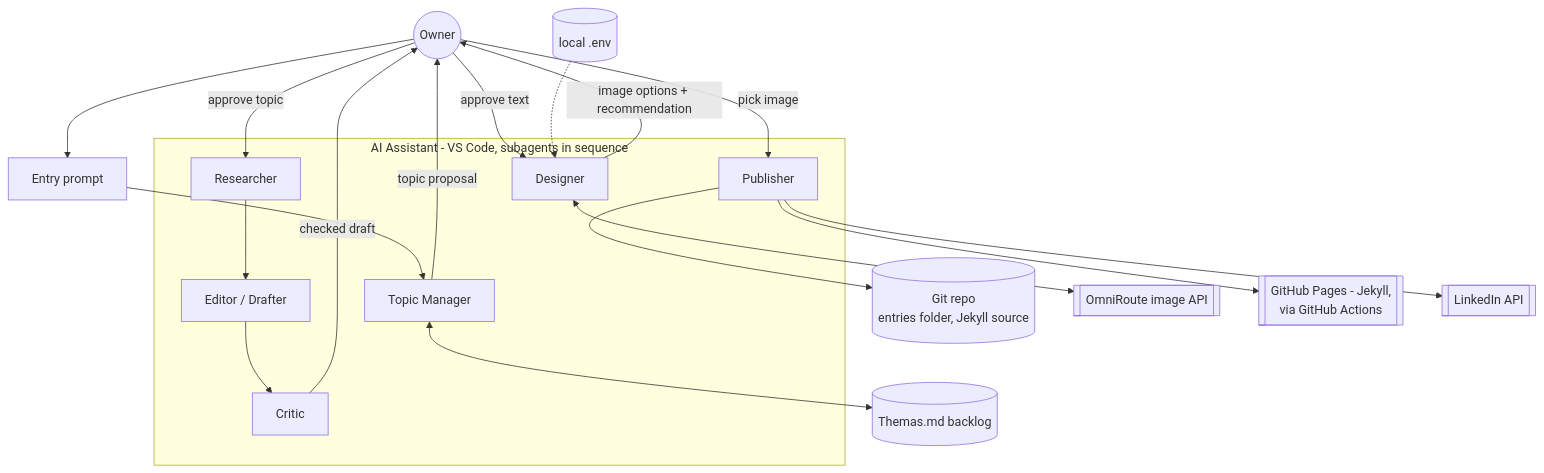
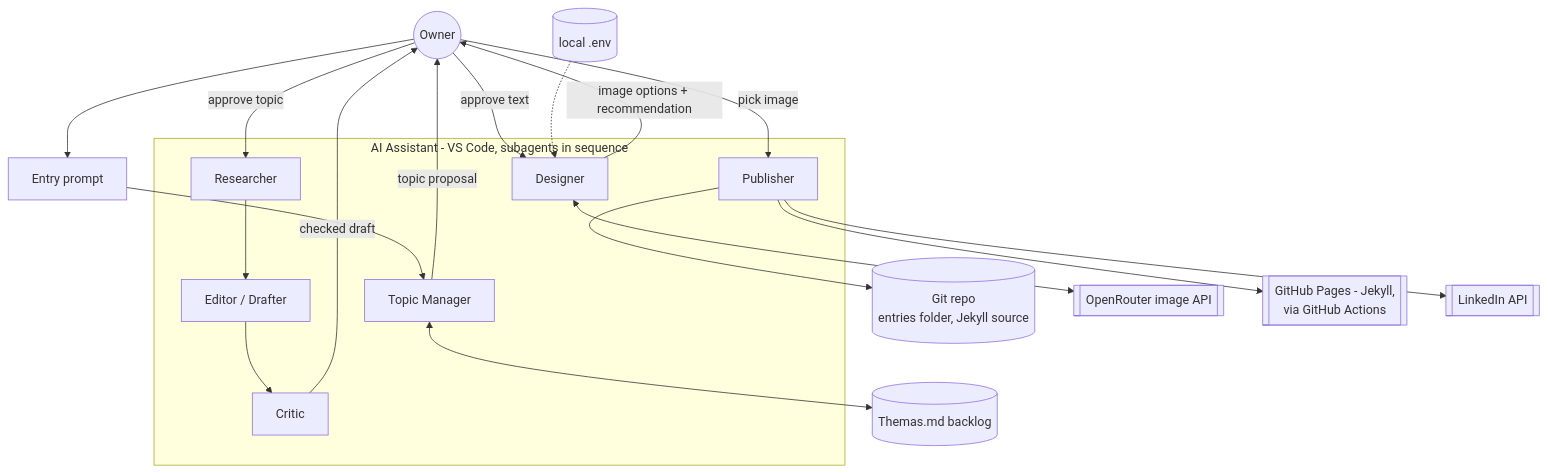
One commit to DeadLockUA/Learn_with_me_Digest changed the first of 2 diagrams in HLD.md. Above: the diagram before and after it, drawn with Mermaid. The commit also changed other lines of this file and 7 other files, not shown here.

````diff
--- a/HLD.md
+++ b/HLD.md
@@ -15,37 +15,37 @@
 ```mermaid
 flowchart TD
     Owner((Owner))
     Prompt[Entry prompt]
 
     subgraph Assistant[AI Assistant - VS Code, subagents in sequence]
         TopicMgr[Topic Manager]
         Researcher[Researcher]
         Critic[Critic]
         Editor[Editor / Drafter]
         Designer[Designer]
         Publisher[Publisher]
     end
 
     Themas[(Themas.md backlog)]
     Repo[(Git repo\nentries folder, Jekyll source)]
-    ImgAPI[[OmniRoute image API]]
+    ImgAPI[[OpenRouter image API]]
     Pages[[GitHub Pages - Jekyll,\nvia GitHub Actions]]
     LinkedIn[[LinkedIn API]]
     DotEnv[(local .env)]
 
     Owner --> Prompt --> TopicMgr
     TopicMgr <--> Themas
     TopicMgr -- topic proposal --> Owner
     Owner -- approve topic --> Researcher
     Researcher --> Editor
     Editor --> Critic
     Critic -- checked draft --> Owner
     Owner -- approve text --> Designer
     Designer <--> ImgAPI
     DotEnv -.-> Designer
     Designer -- image options + recommendation --> Owner
     Owner -- pick image --> Publisher
     Publisher --> Repo
     Publisher --> Pages
     Publisher --> LinkedIn
 ```
````
